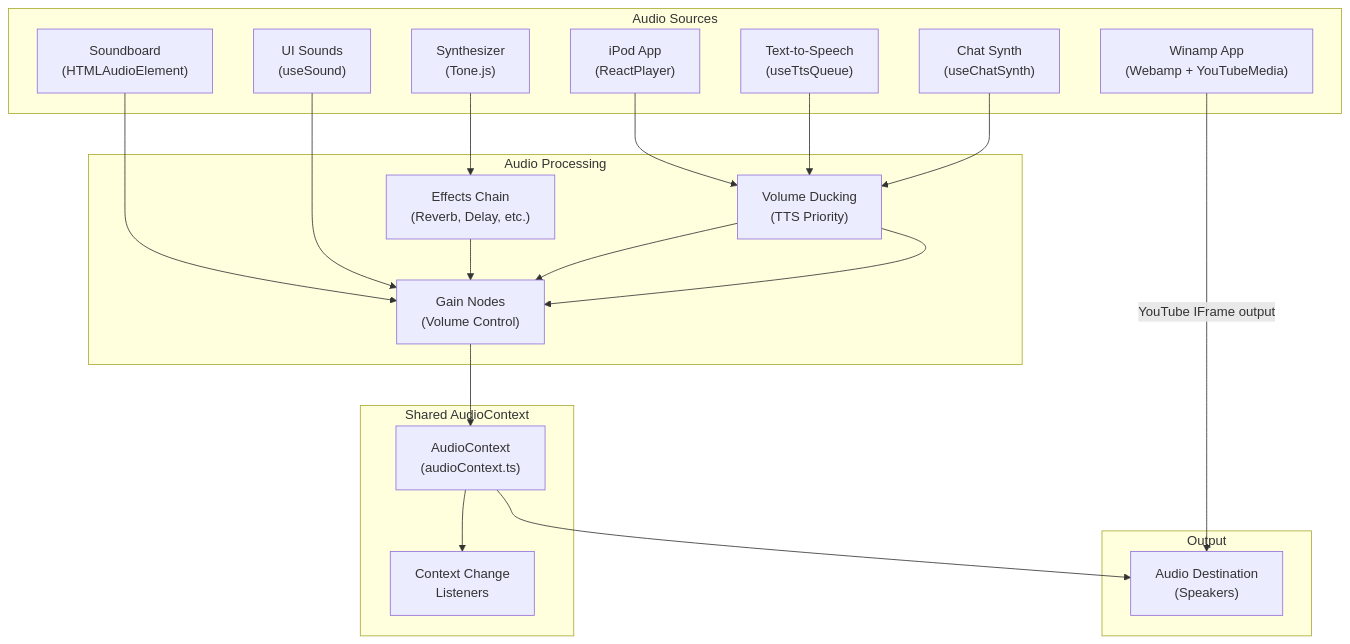
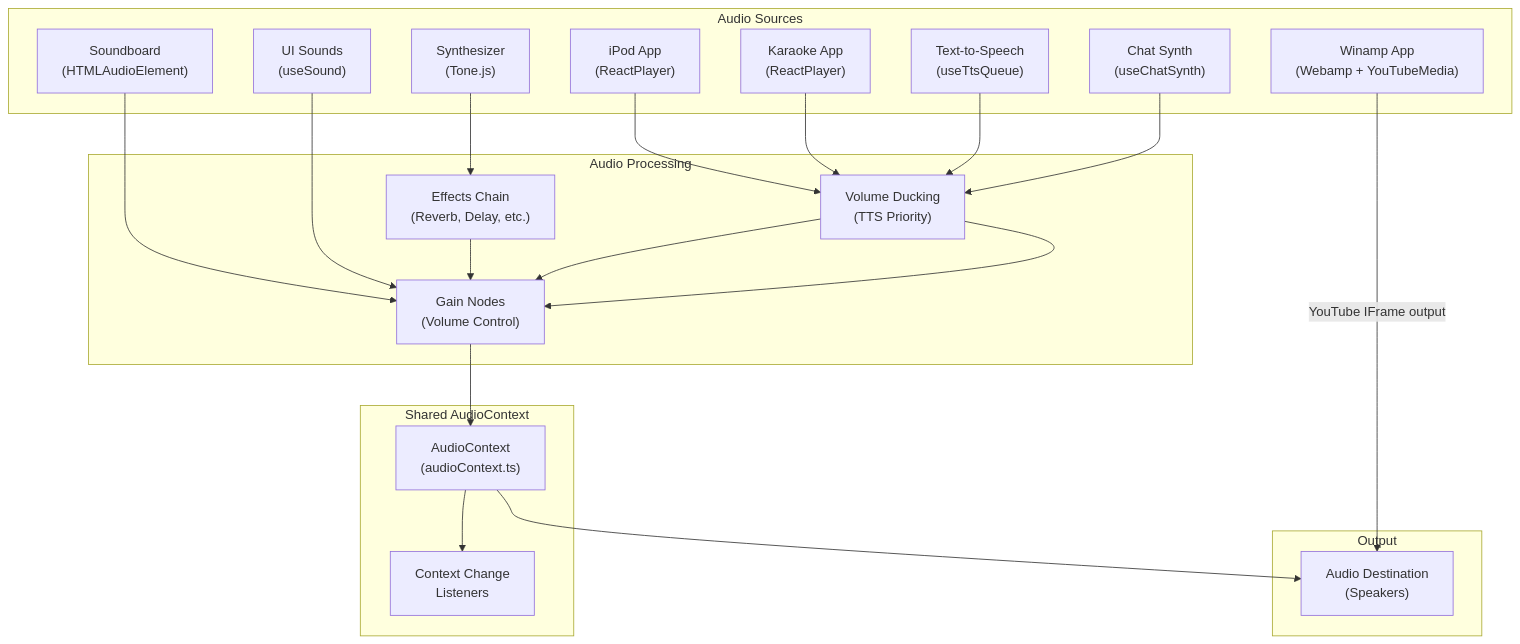
Before and after one commit to ryokun6/ryos: the first of 3 diagrams in docs/6-audio-system.md, drawn with Mermaid. The commit also changed other lines of this file and 13 other files, not shown here.

````diff
--- a/docs/6-audio-system.md
+++ b/docs/6-audio-system.md
@@ -18,38 +18,40 @@
 ```mermaid
 graph TB
     subgraph Sources["Audio Sources"]
         iPod["iPod App<br/>(ReactPlayer)"]
+        Karaoke["Karaoke App<br/>(ReactPlayer)"]
         Winamp["Winamp App<br/>(Webamp + YouTubeMedia)"]
         Soundboard["Soundboard<br/>(HTMLAudioElement)"]
         UI["UI Sounds<br/>(useSound)"]
         Synth["Synthesizer<br/>(Tone.js)"]
         TTS["Text-to-Speech<br/>(useTtsQueue)"]
         ChatSynth["Chat Synth<br/>(useChatSynth)"]
     end
     
     subgraph Processing["Audio Processing"]
         GainNode["Gain Nodes<br/>(Volume Control)"]
         Effects["Effects Chain<br/>(Reverb, Delay, etc.)"]
         Ducking["Volume Ducking<br/>(TTS Priority)"]
     end
     
     subgraph Context["Shared AudioContext"]
         AC["AudioContext<br/>(audioContext.ts)"]
         Listeners["Context Change<br/>Listeners"]
     end
     
     subgraph Output["Output"]
         Dest["Audio Destination<br/>(Speakers)"]
     end
     
     iPod --> Ducking
+    Karaoke --> Ducking
     Winamp -->|"YouTube IFrame output"| Dest
     Soundboard --> GainNode
     UI --> GainNode
     Synth --> Effects --> GainNode
     TTS --> Ducking --> GainNode
     ChatSynth --> Ducking
     Ducking --> GainNode
     GainNode --> AC --> Dest
     AC --> Listeners
 ```
````
